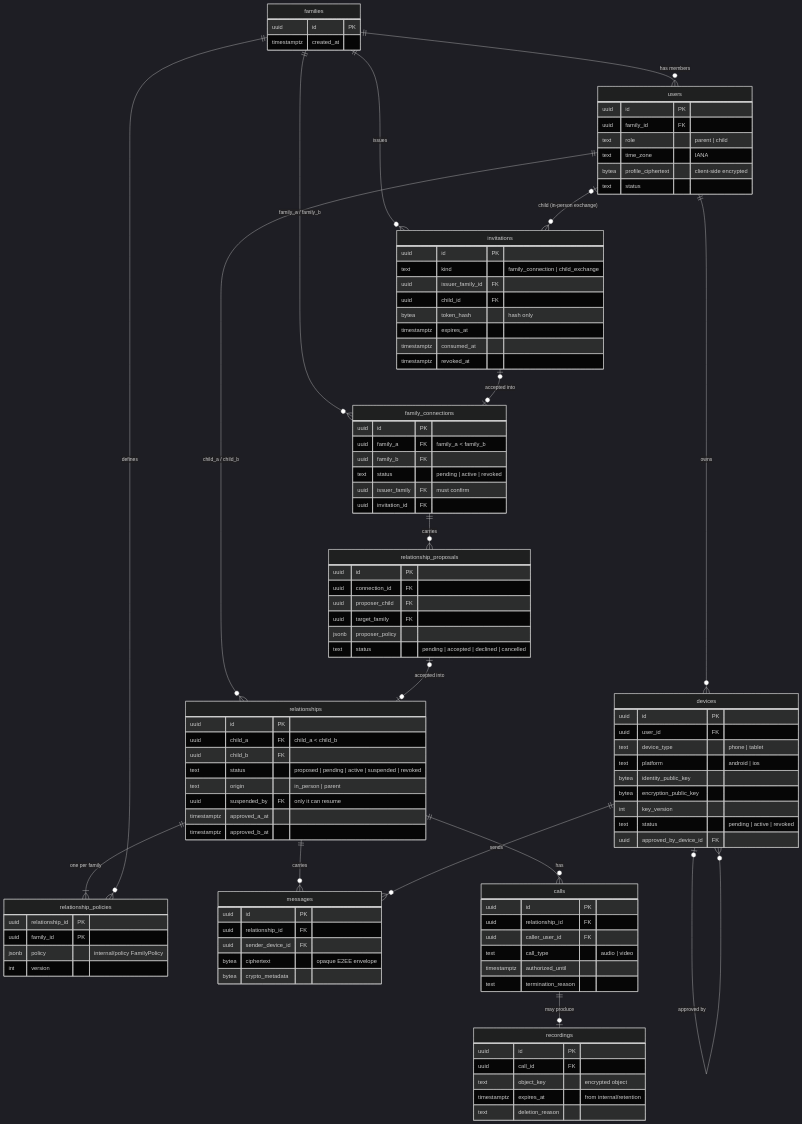
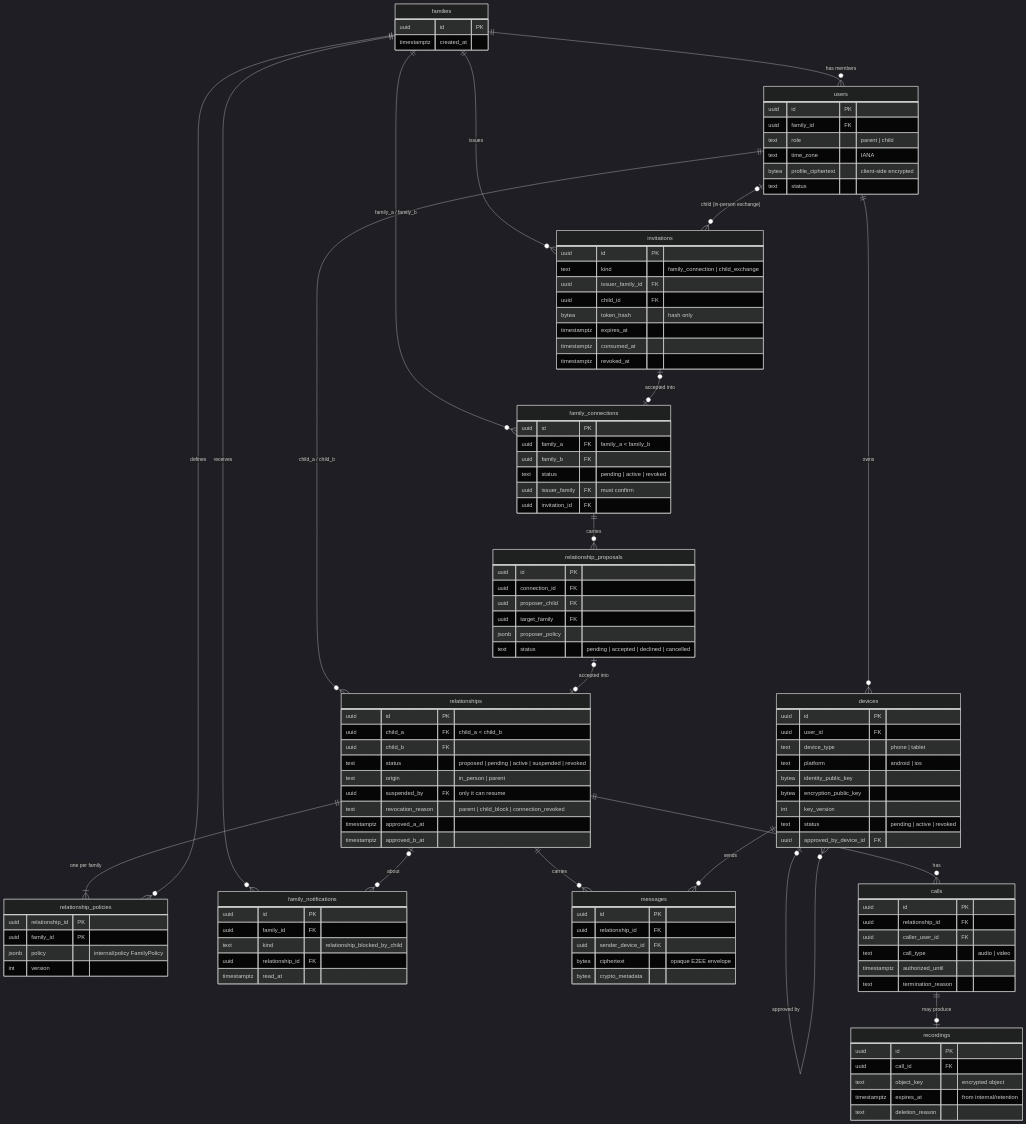
The diagram in docs/data-model.md (frbayart/tkc), drawn with Mermaid (dark theme) before and after one commit. The commit also changed other lines of this file and 16 other files, not shown here.

First line of the commit message:
Family-internal communication by default, member removal, child block notifications

```diff
--- a/docs/data-model.md
+++ b/docs/data-model.md
@@ -23,6 +23,8 @@
     users |o--o{ invitations : "child (in-person exchange)"
     users ||--o{ relationships : "child_a / child_b"
     relationships ||--|{ relationship_policies : "one per family"
+    families ||--o{ family_notifications : receives
+    relationships |o--o{ family_notifications : about
     families ||--o{ relationship_policies : defines
     relationships ||--o{ messages : carries
     devices ||--o{ messages : sends
@@ -79,6 +81,7 @@
         text status "proposed | pending | active | suspended | revoked"
         text origin "in_person | parent"
         uuid suspended_by FK "only it can resume"
+        text revocation_reason "parent | child_block | connection_revoked"
         timestamptz approved_a_at
         timestamptz approved_b_at
     }
@@ -89,6 +92,13 @@
         uuid target_family FK
         jsonb proposer_policy
         text status "pending | accepted | declined | cancelled"
+    }
+    family_notifications {
+        uuid id PK
+        uuid family_id FK
+        text kind "relationship_blocked_by_child"
+        uuid relationship_id FK
+        timestamptz read_at
     }
     relationship_policies {
         uuid relationship_id PK
```
